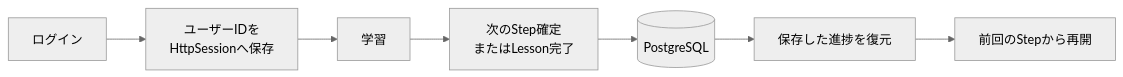
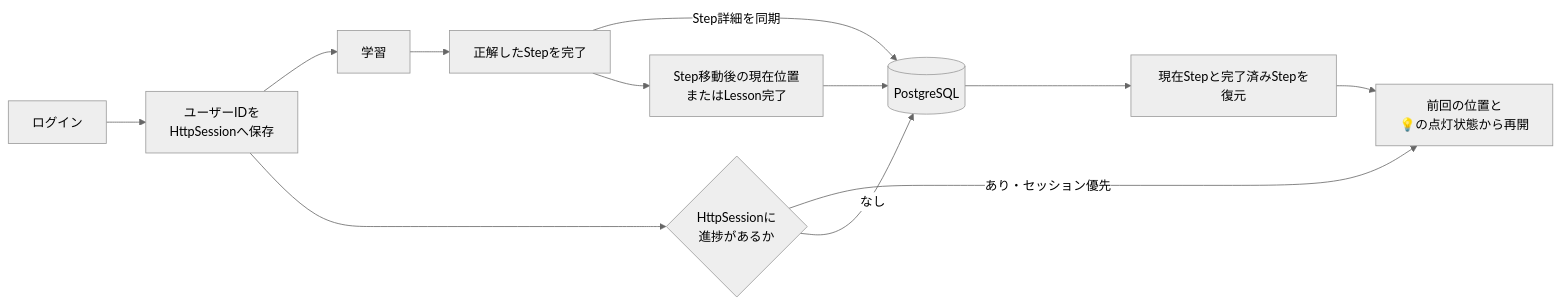
The second of 2 diagrams in README.md (kawaj-dev/java-link), drawn with Mermaid (neutral theme) before and after one commit. The commit also changed other lines of this file, not shown here.

````diff
--- a/README.md
+++ b/README.md
@@ -191,17 +241,24 @@
 ```mermaid
 flowchart LR
     Login[ログイン]
     Session[ユーザーIDを<br/>HttpSessionへ保存]
     Learning[学習]
-    Progress[次のStep確定<br/>またはLesson完了]
+    Correct[正解したStepを完了]
+    Progress[Step移動後の現在位置<br/>またはLesson完了]
     DB[(PostgreSQL)]
-    Restore[保存した進捗を復元]
-    Resume[前回のStepから再開]
+    SessionProgress{HttpSessionに<br/>進捗があるか}
+    Restore[現在Stepと完了済みStepを復元]
+    Resume[前回の位置と<br/>💡の点灯状態から再開]
 
     Login --> Session
     Session --> Learning
-    Learning --> Progress
+    Learning --> Correct
+    Correct -->|Step詳細を同期| DB
+    Correct --> Progress
     Progress --> DB
+    Session --> SessionProgress
+    SessionProgress -->|あり・セッション優先| Resume
+    SessionProgress -->|なし| DB
     DB --> Restore
     Restore --> Resume
 ```
````
